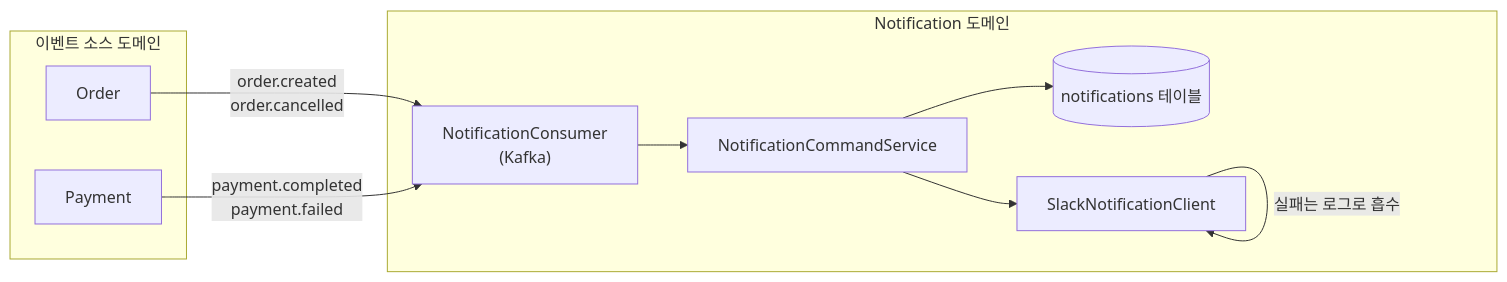
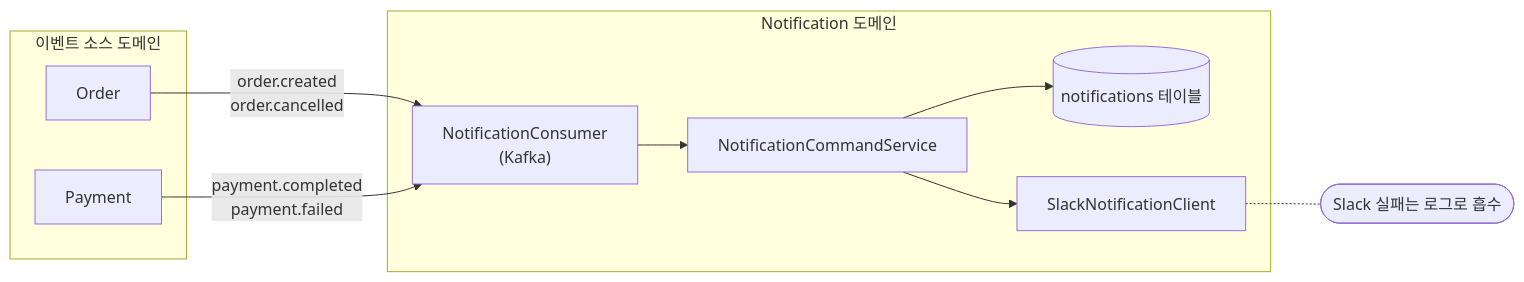
The first of 3 diagrams in src/content/blog/peekcart-06-notification-failure-isolation.md (Kimgyuilli/blog), drawn with Mermaid before and after one commit. The commit also changed other lines of this file and 16 other files, not shown here.

````diff
--- a/src/content/blog/peekcart-06-notification-failure-isolation.md
+++ b/src/content/blog/peekcart-06-notification-failure-isolation.md
@@ -41,19 +45,20 @@
 ```mermaid
 flowchart LR
     subgraph Sources["이벤트 소스 도메인"]
         Order["Order"]
         Payment["Payment"]
     end
     subgraph Notif["Notification 도메인"]
         Consumer["NotificationConsumer<br/>(Kafka)"]
         Service["NotificationCommandService"]
         DB[("notifications 테이블")]
         Slack["SlackNotificationClient"]
     end
     Order -->|"order.created<br/>order.cancelled"| Consumer
     Payment -->|"payment.completed<br/>payment.failed"| Consumer
     Consumer --> Service
     Service --> DB
     Service --> Slack
-    Slack -->|"실패는 로그로 흡수"| Slack
+    SlackNote(["Slack 실패는 로그로 흡수"])
+    Slack -.- SlackNote
 ```
````
